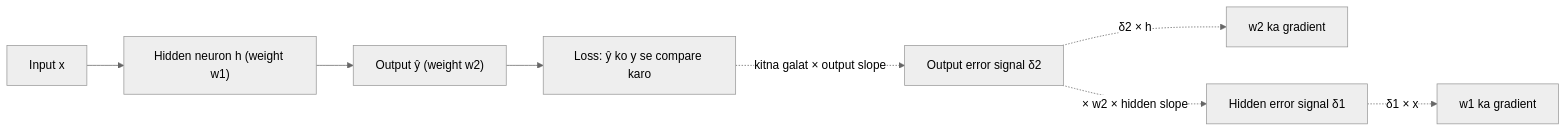
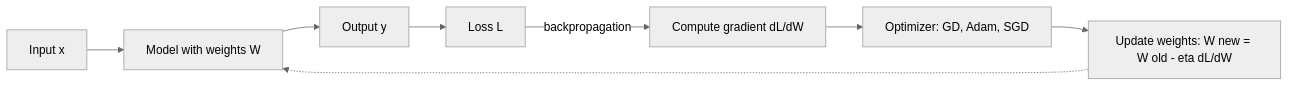
The second of 3 diagrams in content/deep-learning/notes/backpropagation.hi.mdx (TrendySloth1001/sem-seven-notes), drawn with Mermaid (neutral theme) before and after one commit. The commit also changed other lines of this file and 254 other files, not shown here.

Commit message:
Rewrite the backpropagation, gradient descent, regularization and autoencoder notes and their 29 answers from the teachers' class files. They use 185 teacher figures with class-notes citations only, and correct the AdaGrad, RMSProp, Nesterov and batch-norm numbers on the slides.

````diff
--- a/content/deep-learning/notes/backpropagation.hi.mdx
+++ b/content/deep-learning/notes/backpropagation.hi.mdx
@@ -200,11 +129,11 @@
 ```mermaid
-%% caption: Ek raaste pe backpropagation. Forward pass (solid arrows) values nikaalta hai; backward pass (dotted arrows) error signal peeche le jaata hai aur har weight ke liye gradient banata hai.
+%% caption: Forward pass input se loss tak jaata hai; backpropagation gradient ko peeche bhejta hai; optimizer weights update karta hai. Ye teacher ke diagram ka redraw hai.
 flowchart LR
-  X["Input x"] --> H["Hidden neuron h (weight w1)"]
-  H --> Y["Output ŷ (weight w2)"]
-  Y --> L["Loss: ŷ ko y se compare karo"]
-  L -.->|"kitna galat × output slope"| D2["Output error signal δ2"]
-  D2 -.->|"δ2 × h"| G2["w2 ka gradient"]
-  D2 -.->|"× w2 × hidden slope"| D1["Hidden error signal δ1"]
-  D1 -.->|"δ1 × x"| G1["w1 ka gradient"]
+  X["Input x"] --> M["Model with weights W"]
+  M --> Y["Output y"]
+  Y --> L["Loss L"]
+  L -->|"backpropagation"| G["Compute gradient dL/dW"]
+  G --> O["Optimizer: GD, Adam, SGD"]
+  O --> U["Update weights: W new = W old - eta dL/dW"]
+  U -.-> M
 ```
````
